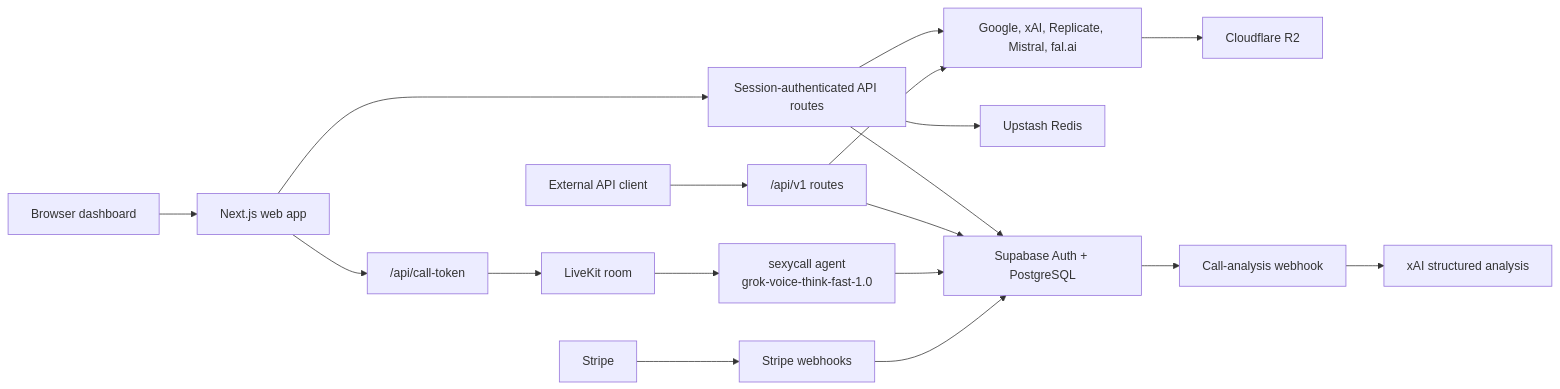
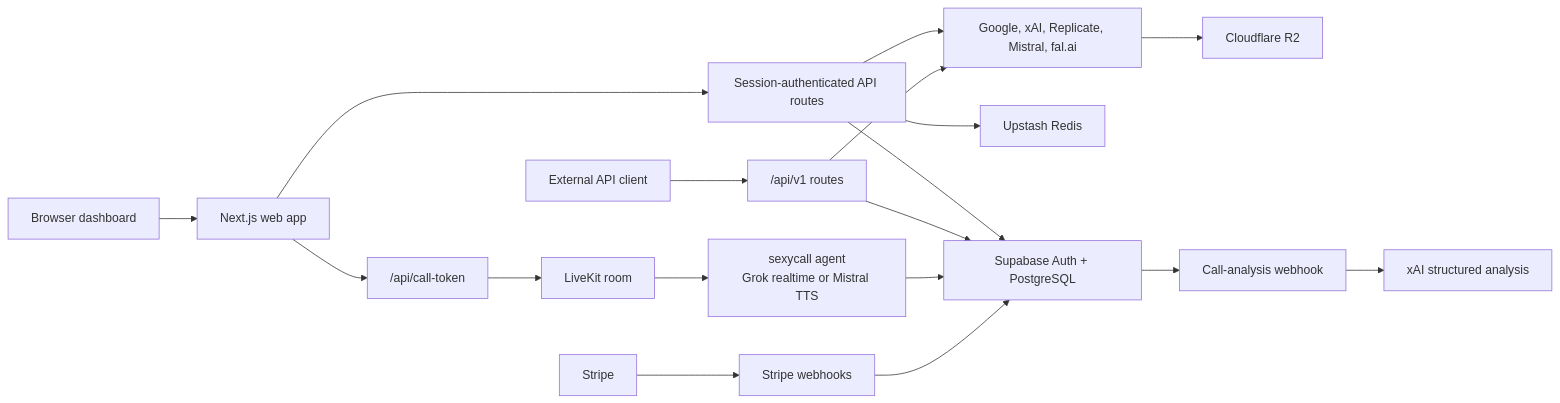
The first of 5 diagrams in ARCHITECTURE.md (gianpaj/sexyvoice), drawn with Mermaid before and after one commit. The commit also changed other lines of this file and 20 other files, not shown here.

````diff
--- a/ARCHITECTURE.md
+++ b/ARCHITECTURE.md
@@ -13,20 +13,20 @@
 ```mermaid
 flowchart LR
     Browser["Browser dashboard"] --> Web["Next.js web app"]
     Client["External API client"] --> V1["/api/v1 routes"]
     Web --> SessionRoutes["Session-authenticated API routes"]
     Web --> Token["/api/call-token"]
     SessionRoutes --> Providers["Google, xAI, Replicate, Mistral, fal.ai"]
     V1 --> Providers
     SessionRoutes --> Redis["Upstash Redis"]
     Providers --> R2["Cloudflare R2"]
     SessionRoutes --> Supabase["Supabase Auth + PostgreSQL"]
     V1 --> Supabase
     Token --> LiveKit["LiveKit room"]
-    LiveKit --> Agent["sexycall agent<br/>grok-voice-think-fast-1.0"]
+    LiveKit --> Agent["sexycall agent<br/>Grok realtime or Mistral TTS"]
     Agent --> Supabase
     Supabase --> Analysis["Call-analysis webhook"]
     Analysis --> XAI["xAI structured analysis"]
     Stripe["Stripe"] --> Webhooks["Stripe webhooks"]
     Webhooks --> Supabase
 ```
````
